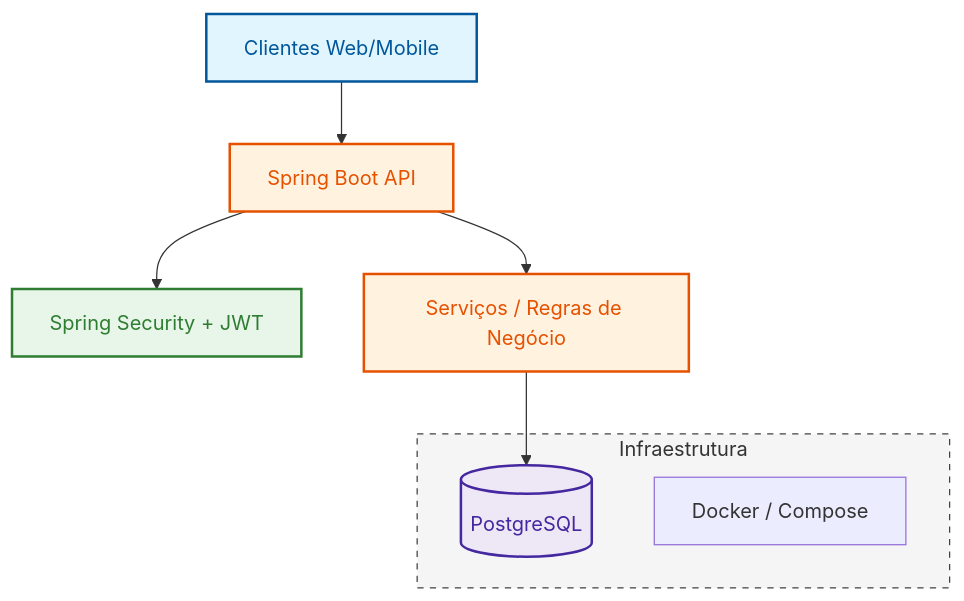
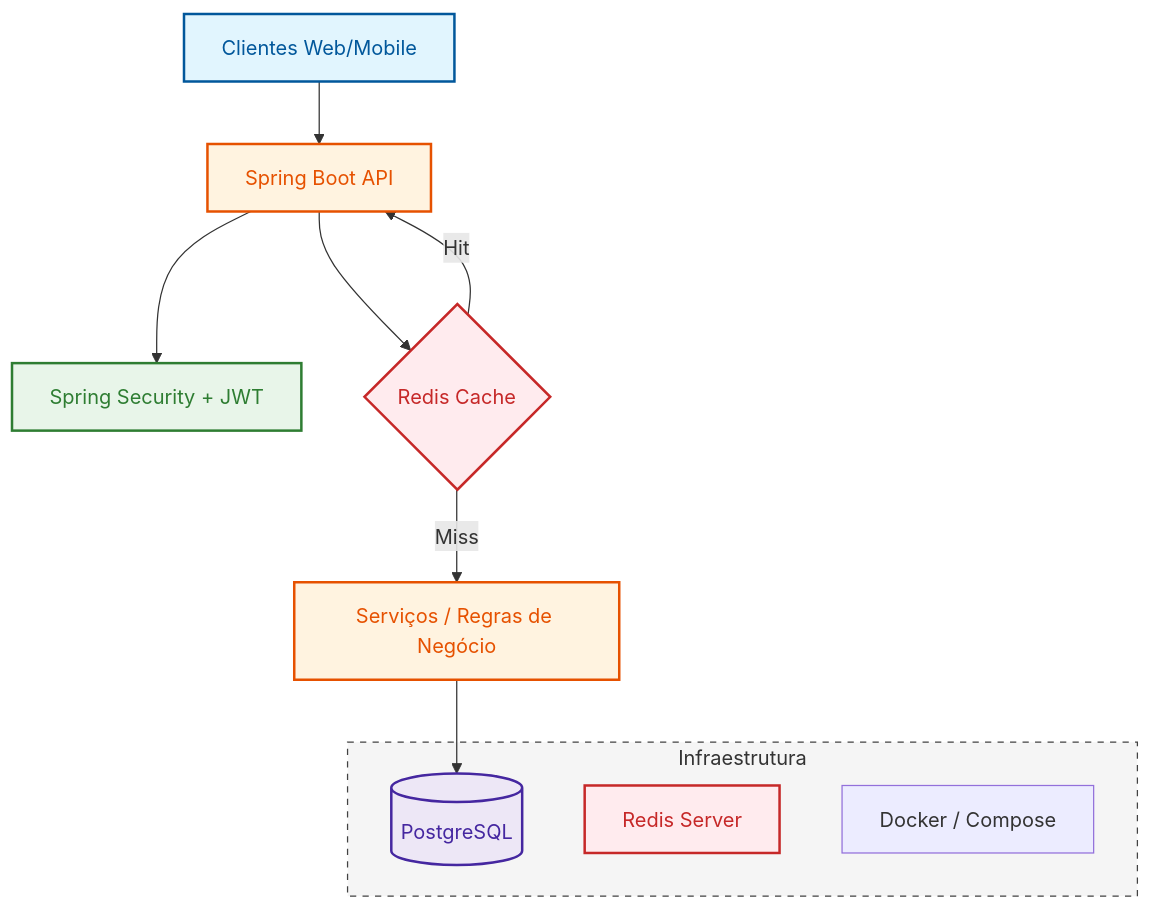
One commit to KelvynAmaral/match-carreira-backend changed the diagram in README.md. Above: the diagram before and after it, drawn with Mermaid. The commit also changed other lines of this file, not shown here.

````diff
--- a/README.md
+++ b/README.md
@@ -21,28 +22,30 @@
 ```mermaid
-    
 flowchart TD
     Client[Clientes Web/Mobile] --> API[Spring Boot API]
     API --> Auth[Spring Security + JWT]
-    API --> Services[Serviços / Regras de Negócio]
+    API --> Cache{Redis Cache}
+    Cache -- Miss --> Services[Serviços / Regras de Negócio]
     Services --> DB[(PostgreSQL)]
+    Cache -- Hit --> API
     
     subgraph Infra ["Infraestrutura"]
     DB
+    Redis[Redis Server]
     Docker[Docker / Compose]
     end
 
-    %% Definição de Classes de Estilo
     classDef interface fill:#e1f5fe,stroke:#01579b,stroke-width:2px,color:#01579b;
     classDef logic fill:#fff3e0,stroke:#e65100,stroke-width:2px,color:#e65100;
     classDef security fill:#e8f5e9,stroke:#2e7d32,stroke-width:2px,color:#2e7d32;
     classDef data fill:#ede7f6,stroke:#4527a0,stroke-width:2px,color:#4527a0;
+    classDef cache fill:#ffebee,stroke:#c62828,stroke-width:2px,color:#c62828;
     classDef infra fill:#f5f5f5,stroke:#424242,stroke-dasharray: 5 5;
 
-    %% Aplicação das Classes
     class Client interface;
     class API,Services logic;
     class Auth security;
     class DB data;
+    class Cache,Redis cache;
     class Infra infra;
     
 ```
````
